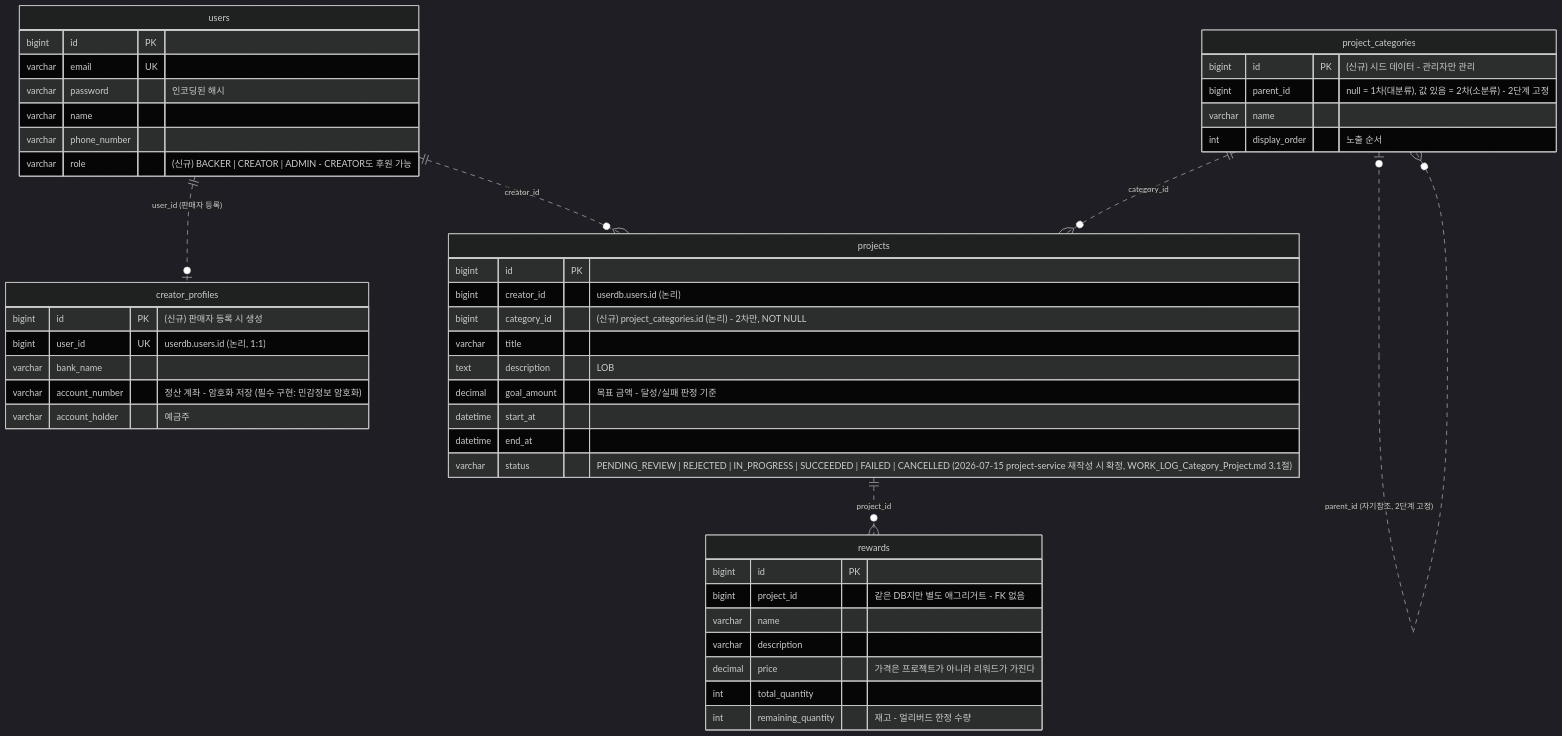
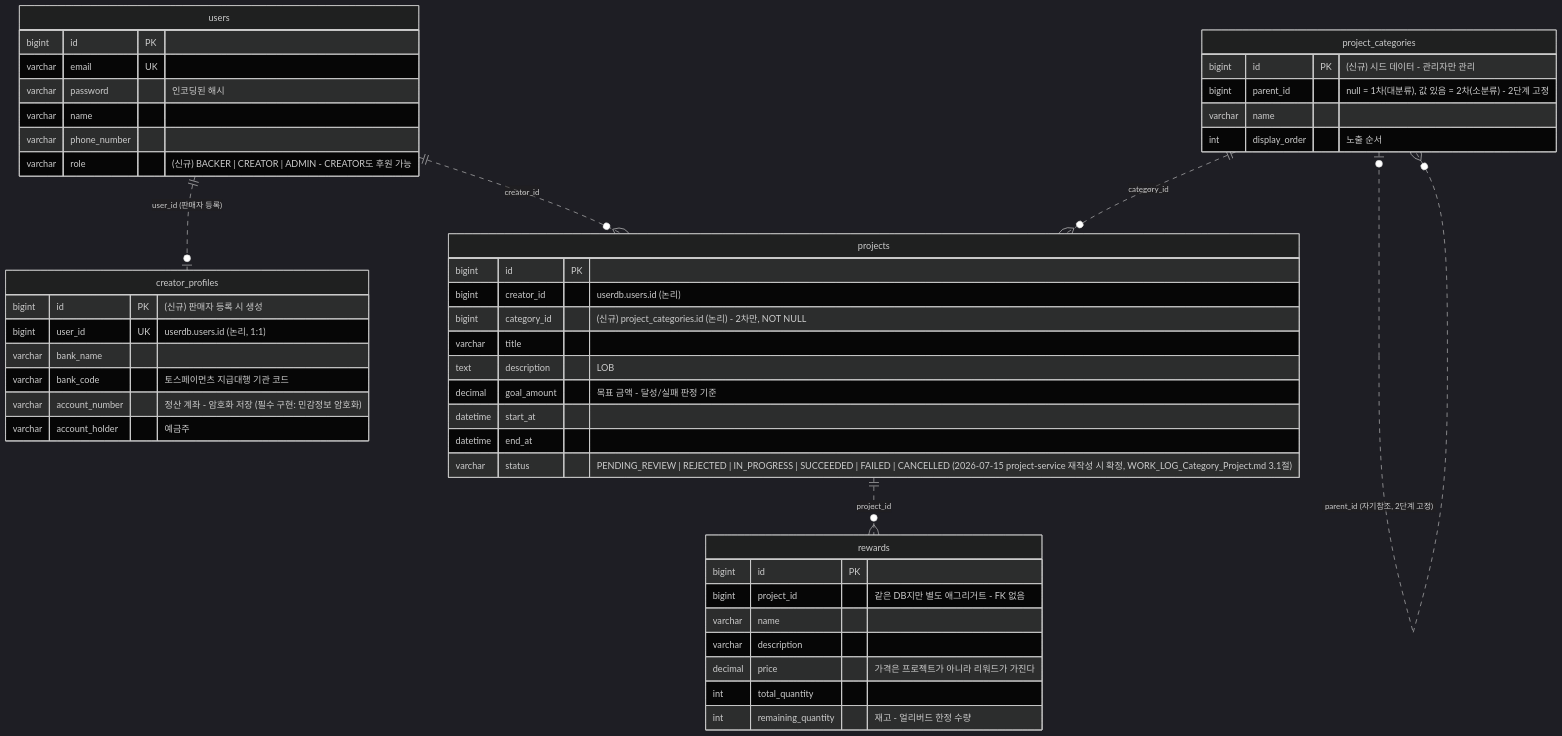
One commit to prgrms-be-adv-devcourse/beadv7_7_earlybird_BE changed the second of 6 diagrams in docs/ERD.md. Above: the diagram before and after it, drawn with Mermaid (dark theme). The commit also changed 17 other files, not shown here.

````diff
--- a/docs/ERD.md
+++ b/docs/ERD.md
@@ -64,50 +64,51 @@
 ```mermaid
 erDiagram
     users {
         bigint id PK
         varchar email UK
         varchar password "인코딩된 해시"
         varchar name
         varchar phone_number
         varchar role "(신규) BACKER | CREATOR | ADMIN - CREATOR도 후원 가능"
     }
     creator_profiles {
         bigint id PK "(신규) 판매자 등록 시 생성"
         bigint user_id UK "userdb.users.id (논리, 1:1)"
         varchar bank_name
+        varchar bank_code "토스페이먼츠 지급대행 기관 코드"
         varchar account_number "정산 계좌 - 암호화 저장 (필수 구현: 민감정보 암호화)"
         varchar account_holder "예금주"
     }
     project_categories {
         bigint id PK "(신규) 시드 데이터 - 관리자만 관리"
         bigint parent_id "null = 1차(대분류), 값 있음 = 2차(소분류) - 2단계 고정"
         varchar name
         int display_order "노출 순서"
     }
     projects {
         bigint id PK
         bigint creator_id "userdb.users.id (논리)"
         bigint category_id "(신규) project_categories.id (논리) - 2차만, NOT NULL"
         varchar title
         text description "LOB"
         decimal goal_amount "목표 금액 - 달성/실패 판정 기준"
         datetime start_at
         datetime end_at
         varchar status "PENDING_REVIEW | REJECTED | IN_PROGRESS | SUCCEEDED | FAILED | CANCELLED (2026-07-15 project-service 재작성 시 확정, WORK_LOG_Category_Project.md 3.1절)"
     }
     rewards {
         bigint id PK
         bigint project_id "같은 DB지만 별도 애그리거트 - FK 없음"
         varchar name
         varchar description
         decimal price "가격은 프로젝트가 아니라 리워드가 가진다"
         int total_quantity
         int remaining_quantity "재고 - 얼리버드 한정 수량"
     }
 
     users ||..o| creator_profiles : "user_id (판매자 등록)"
     users ||..o{ projects : "creator_id"
     projects ||..o{ rewards : "project_id"
     project_categories |o..o{ project_categories : "parent_id (자기참조, 2단계 고정)"
     project_categories ||..o{ projects : "category_id"
 ```
````
